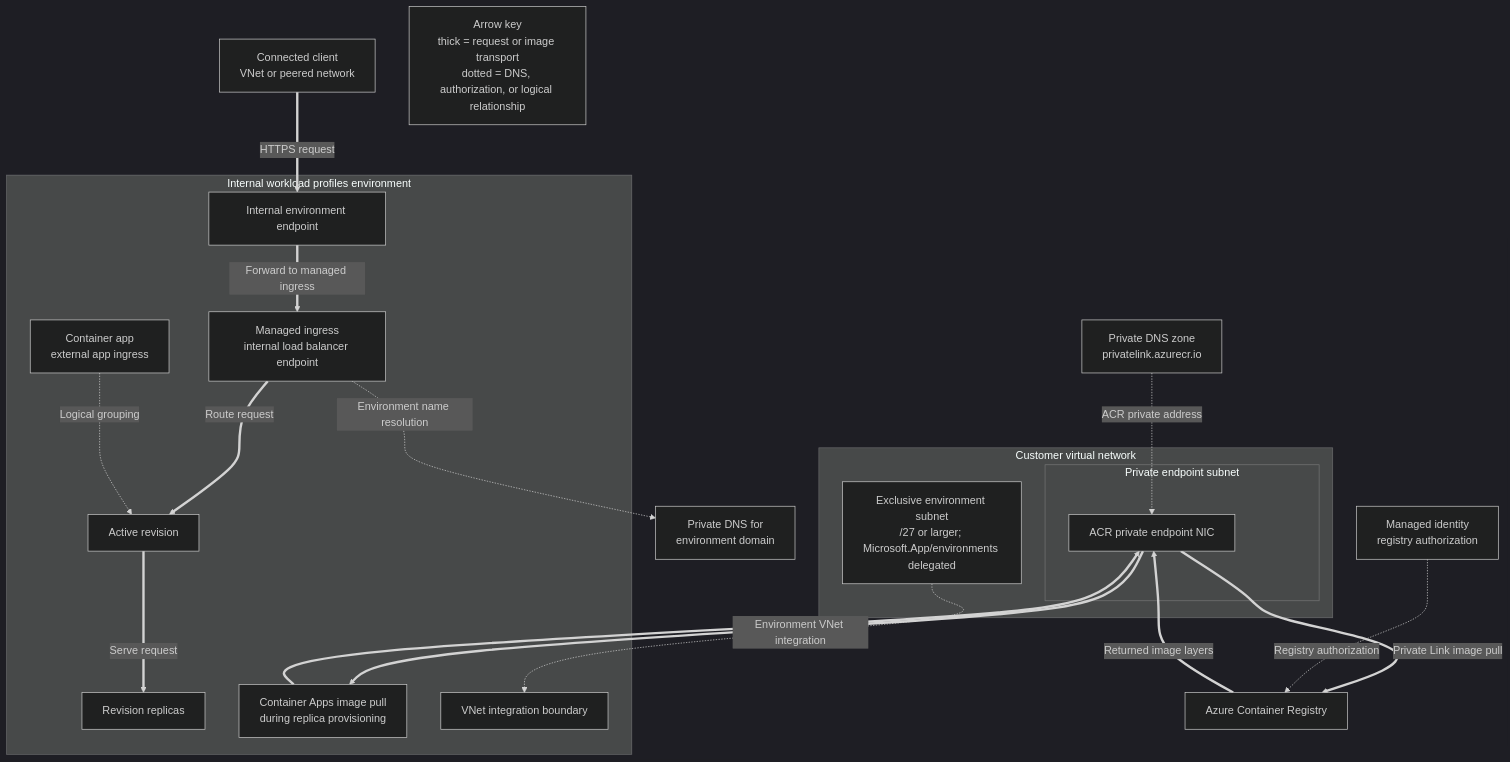
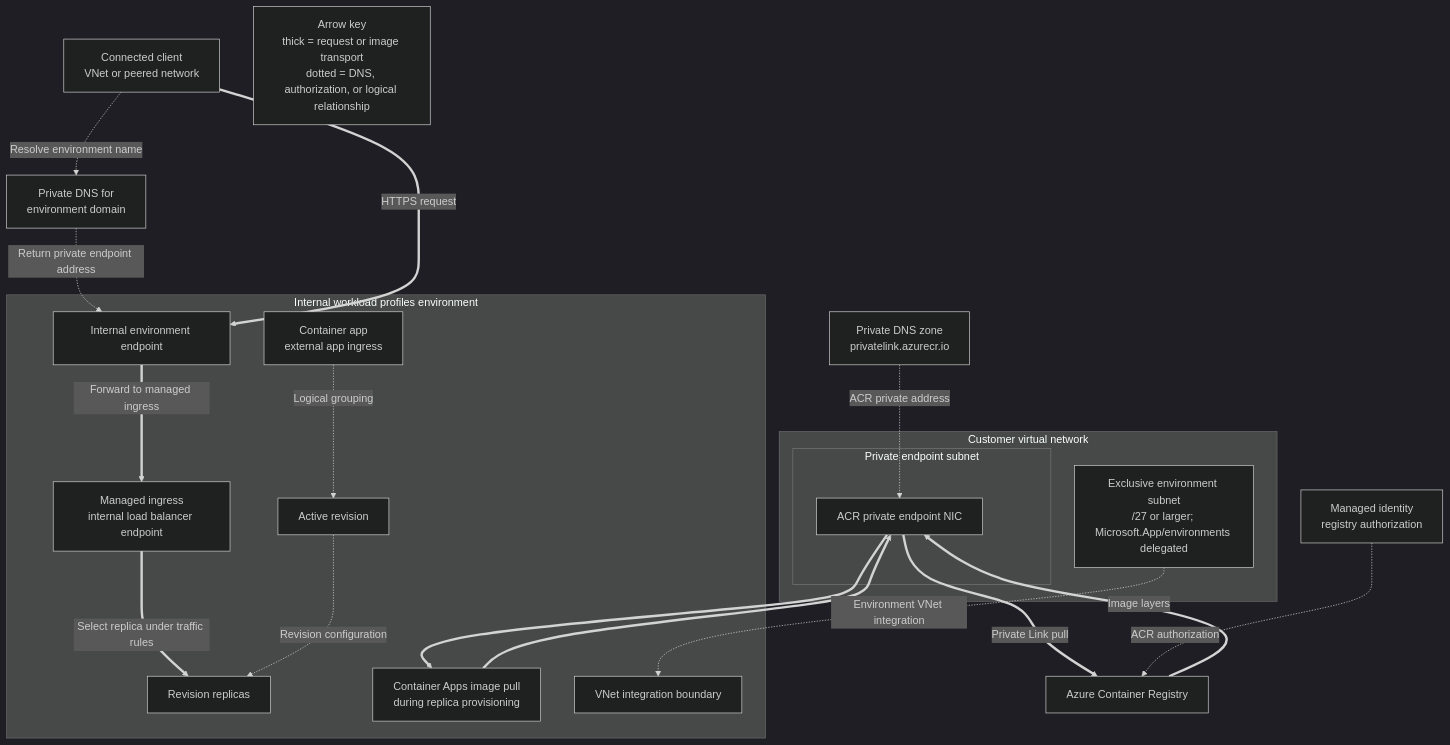
The third of 4 diagrams in docs/platform/deployment-scenarios.md (yeongseon/azure-container-apps-practical-guide), drawn with Mermaid (dark theme) before and after one commit. The commit also changed other lines of this file and 7 other files, not shown here.

First line of the commit message:
fix(diagrams): correct request paths and record review of platform and troubleshooting diagrams (#638)

````diff
--- a/docs/platform/deployment-scenarios.md
+++ b/docs/platform/deployment-scenarios.md
@@ -176,44 +176,45 @@
 ```mermaid
 flowchart TD
     accTitle: Private VNet-integrated Container Apps environment
-    accDescr: A connected client reaches the internal load balancer endpoint of an internal workload profiles environment. Managed ingress routes the request to a revision replica. The environment uses an exclusive delegated subnet of at least /27. A separate ACR private endpoint NIC and private DNS zone support image pulls; managed identity authorization is shown separately from transport.
+    accDescr: A connected client resolves the internal environment endpoint, reaches its internal load balancer, and managed ingress selects a replica under revision traffic rules. The environment uses an exclusive delegated subnet of at least /27. A separate ACR private endpoint NIC and private DNS zone support image pulls; managed identity authorization is shown separately from transport.
 
     CLIENT["Connected client<br/>VNet or peered network"]
     DNS_ENV["Private DNS for<br/>environment domain"]
     DNS_ACR["Private DNS zone<br/>privatelink.azurecr.io"]
     ACR["Azure Container Registry"]
     IDENTITY["Managed identity<br/>registry authorization"]
 
     subgraph ENV["Internal workload profiles environment"]
         ENV_ENDPOINT["Internal environment endpoint"]
         INGRESS["Managed ingress<br/>internal load balancer endpoint"]
         APP["Container app<br/>external app ingress"]
         REV_ACTIVE["Active revision"]
         REPLICAS["Revision replicas"]
         IMAGE_PULL["Container Apps image pull<br/>during replica provisioning"]
         VNET_LINK["VNet integration boundary"]
     end
 
     subgraph VNET["Customer virtual network"]
         INFRA_SUB["Exclusive environment subnet<br/>/27 or larger; Microsoft.App/environments delegated"]
         subgraph PE_SUB["Private endpoint subnet"]
             PE_ACR["ACR private endpoint NIC"]
         end
     end
 
+    CLIENT -.->|"Resolve environment name"| DNS_ENV
+    DNS_ENV -.->|"Return private endpoint address"| ENV_ENDPOINT
     CLIENT ==>|"HTTPS request"| ENV_ENDPOINT
     ENV_ENDPOINT ==>|"Forward to managed ingress"| INGRESS
-    INGRESS ==>|"Route request"| REV_ACTIVE
+    INGRESS ==>|"Select replica under traffic rules"| REPLICAS
     APP -.->|"Logical grouping"| REV_ACTIVE
-    REV_ACTIVE ==>|"Serve request"| REPLICAS
-    INGRESS -.->|"Environment name resolution"| DNS_ENV
+    REV_ACTIVE -.->|"Revision configuration"| REPLICAS
     INFRA_SUB -.->|"Environment VNet integration"| VNET_LINK
     DNS_ACR -.->|"ACR private address"| PE_ACR
     IMAGE_PULL ==> PE_ACR
-    PE_ACR ==>|"Private Link image pull"| ACR
-    ACR ==>|"Returned image layers"| PE_ACR
+    PE_ACR ==>|"Private Link pull"| ACR
+    ACR ==>|"Image layers"| PE_ACR
     PE_ACR ==> IMAGE_PULL
-    IDENTITY -.->|"Registry authorization"| ACR
+    IDENTITY -.->|"ACR authorization"| ACR
 
     LEGEND["Arrow key<br/>thick = request or image transport<br/>dotted = DNS, authorization, or logical relationship"]
 ```
````
